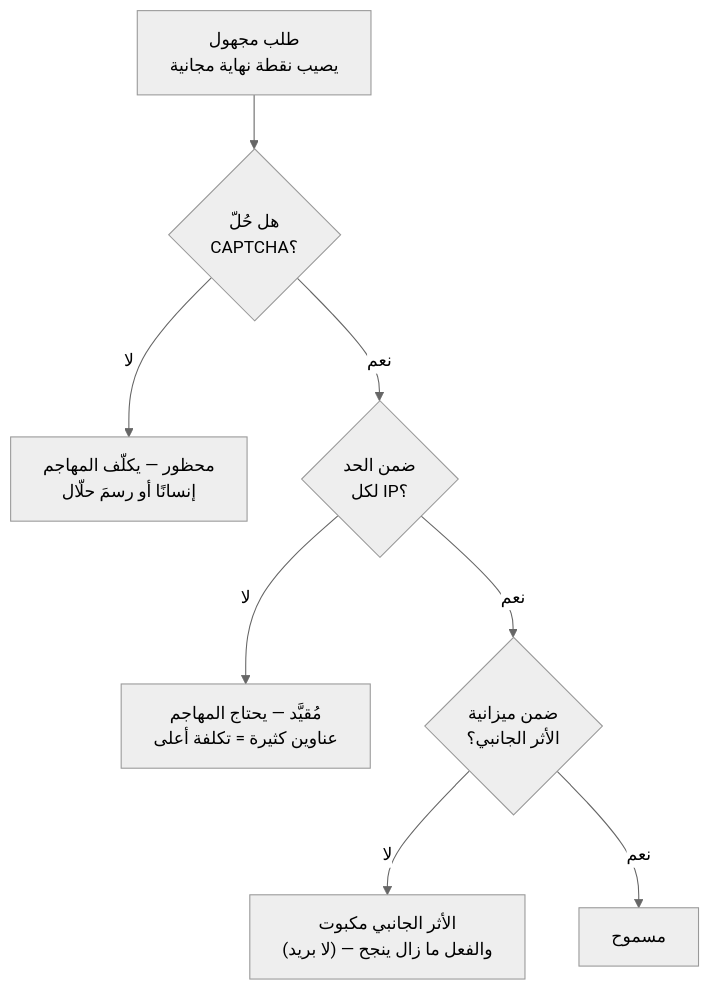
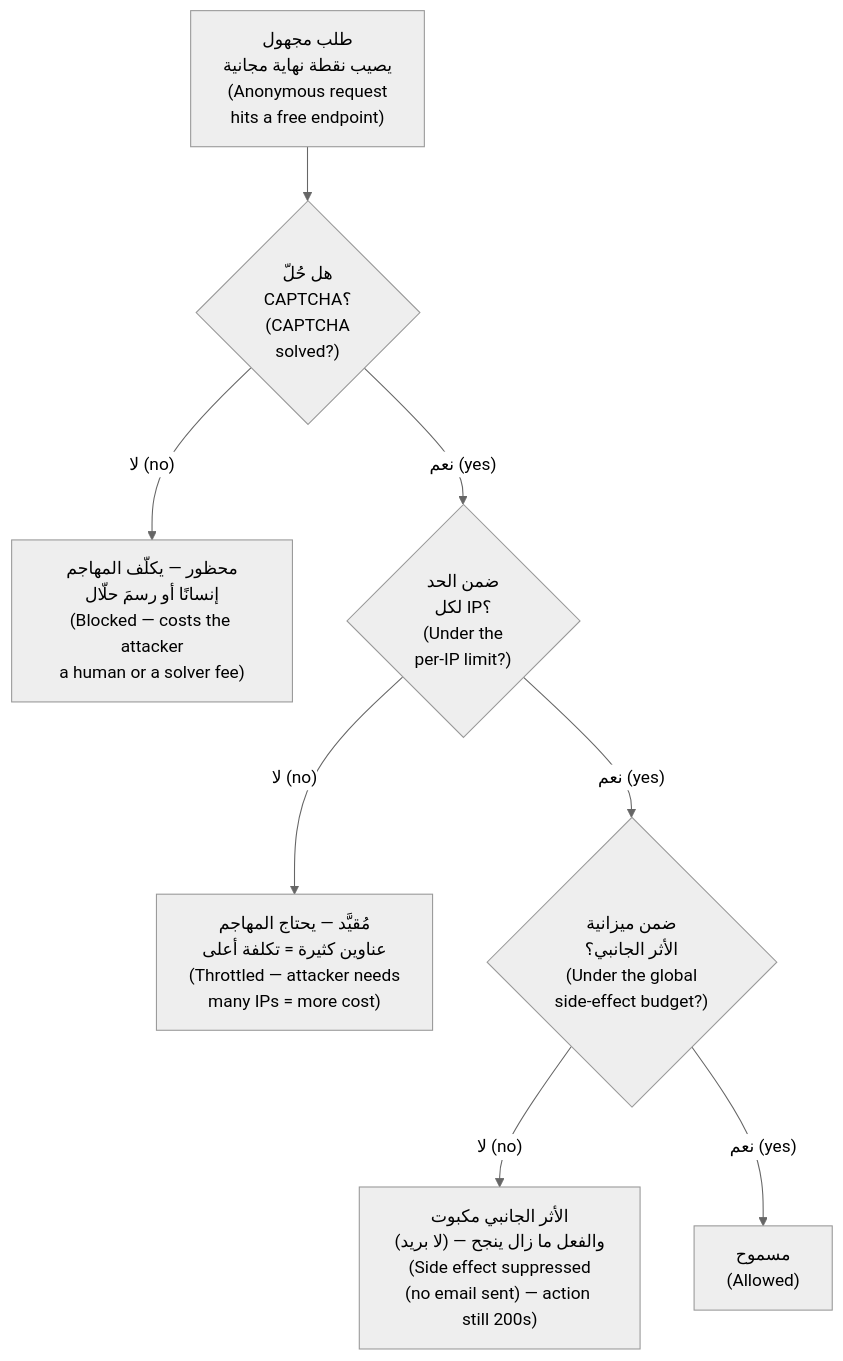
The first of 7 diagrams in modules/05-users-abuse/module.ar.md (Tamoura/system-design-for-vibe-coders), drawn with Mermaid (neutral theme) before and after one commit. The commit also changed other lines of this file and 62 other files, not shown here.

First line of the commit message:
Arabic editions: English on every diagram label, RTL fixes, rebuild

````diff
--- a/modules/05-users-abuse/module.ar.md
+++ b/modules/05-users-abuse/module.ar.md
@@ -47,10 +47,10 @@
 ```mermaid
 flowchart TD
-    A["طلب مجهول<br/>يصيب نقطة نهاية مجانية"] --> B{"هل حُلّ<br/>CAPTCHA؟"}
-    B -->|لا| X["محظور — يكلّف المهاجم<br/>إنسانًا أو رسمَ حلّال"]
-    B -->|نعم| C{"ضمن الحد<br/>لكل IP؟"}
-    C -->|لا| X2["مُقيَّد — يحتاج المهاجم<br/>عناوين كثيرة = تكلفة أعلى"]
-    C -->|نعم| D{"ضمن ميزانية<br/>الأثر الجانبي؟"}
-    D -->|لا| X3["الأثر الجانبي مكبوت<br/>(لا بريد) — والفعل ما زال ينجح"]
-    D -->|نعم| E["مسموح"]
+    A["طلب مجهول<br/>يصيب نقطة نهاية مجانية<br/>(Anonymous request<br/>hits a free endpoint)"] --> B{"هل حُلّ<br/>CAPTCHA؟<br/>(CAPTCHA<br/>solved?)"}
+    B -->|"لا (no)"| X["محظور — يكلّف المهاجم<br/>إنسانًا أو رسمَ حلّال<br/>(Blocked — costs the attacker<br/>a human or a solver fee)"]
+    B -->|"نعم (yes)"| C{"ضمن الحد<br/>لكل IP؟<br/>(Under the<br/>per-IP limit?)"}
+    C -->|"لا (no)"| X2["مُقيَّد — يحتاج المهاجم<br/>عناوين كثيرة = تكلفة أعلى<br/>(Throttled — attacker needs<br/>many IPs = more cost)"]
+    C -->|"نعم (yes)"| D{"ضمن ميزانية<br/>الأثر الجانبي؟<br/>(Under the global<br/>side-effect budget?)"}
+    D -->|"لا (no)"| X3["الأثر الجانبي مكبوت<br/>(لا بريد) — والفعل ما زال ينجح<br/>(Side effect suppressed<br/>(no email sent) — action still 200s)"]
+    D -->|"نعم (yes)"| E["مسموح<br/>(Allowed)"]
 ```
````
